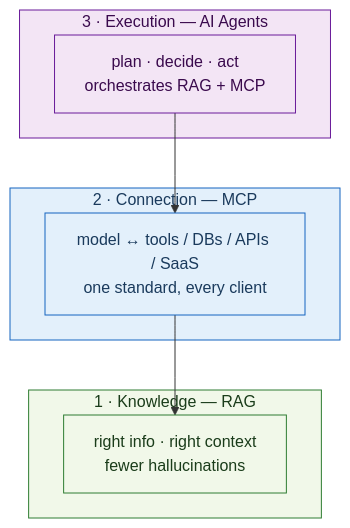
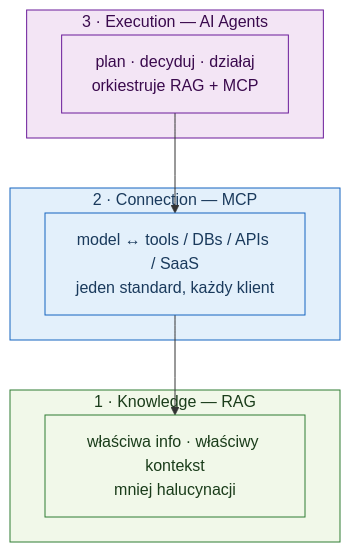
The second of 5 diagrams in .ai/architecture.md (nowiro/ai-studio), drawn with Mermaid before and after one commit. The commit also changed other lines of this file and 6 other files, not shown here.

````diff
--- a/.ai/architecture.md
+++ b/.ai/architecture.md
@@ -58,20 +58,20 @@
 ```mermaid
 flowchart TB
   subgraph EXEC["3 · Execution — AI Agents"]
-    AGENT["plan · decide · act<br/>orchestrates RAG + MCP"]
+    AGENT["plan · decyduj · działaj<br/>orkiestruje RAG + MCP"]
   end
   subgraph CONN["2 · Connection — MCP"]
-    SERVERS["model ↔ tools / DBs / APIs / SaaS<br/>one standard, every client"]
+    SERVERS["model ↔ tools / DBs / APIs / SaaS<br/>jeden standard, każdy klient"]
   end
   subgraph KNOW["1 · Knowledge — RAG"]
-    RAG["right info · right context<br/>fewer hallucinations"]
+    RAG["właściwa info · właściwy kontekst<br/>mniej halucynacji"]
   end
   AGENT --> SERVERS --> RAG
 
   classDef know fill:#f1f8e9,stroke:#2e7d32,color:#1a3c1a;
   classDef conn fill:#e3f0fb,stroke:#1565c0,color:#1a3a5c;
   classDef exec fill:#f3e5f5,stroke:#6a1b9a,color:#3a0a4d;
   class RAG,KNOW know
   class SERVERS,CONN conn
   class AGENT,EXEC exec
 ```
````
